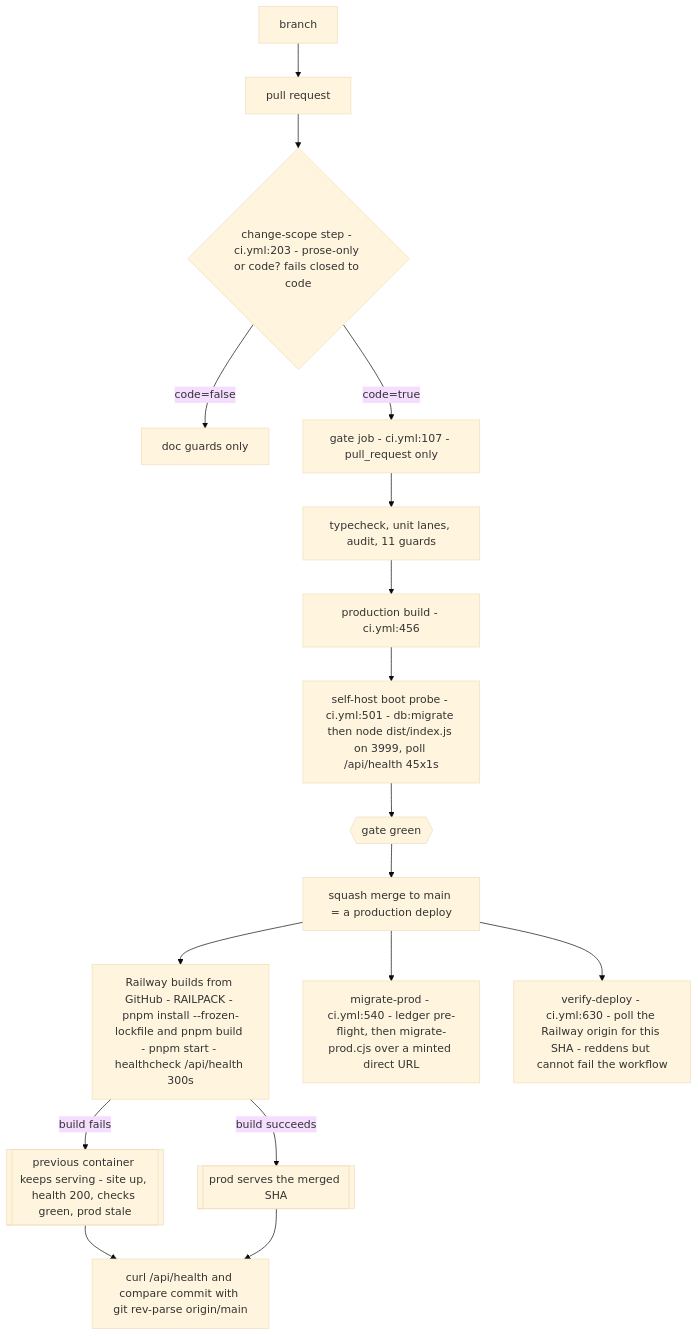
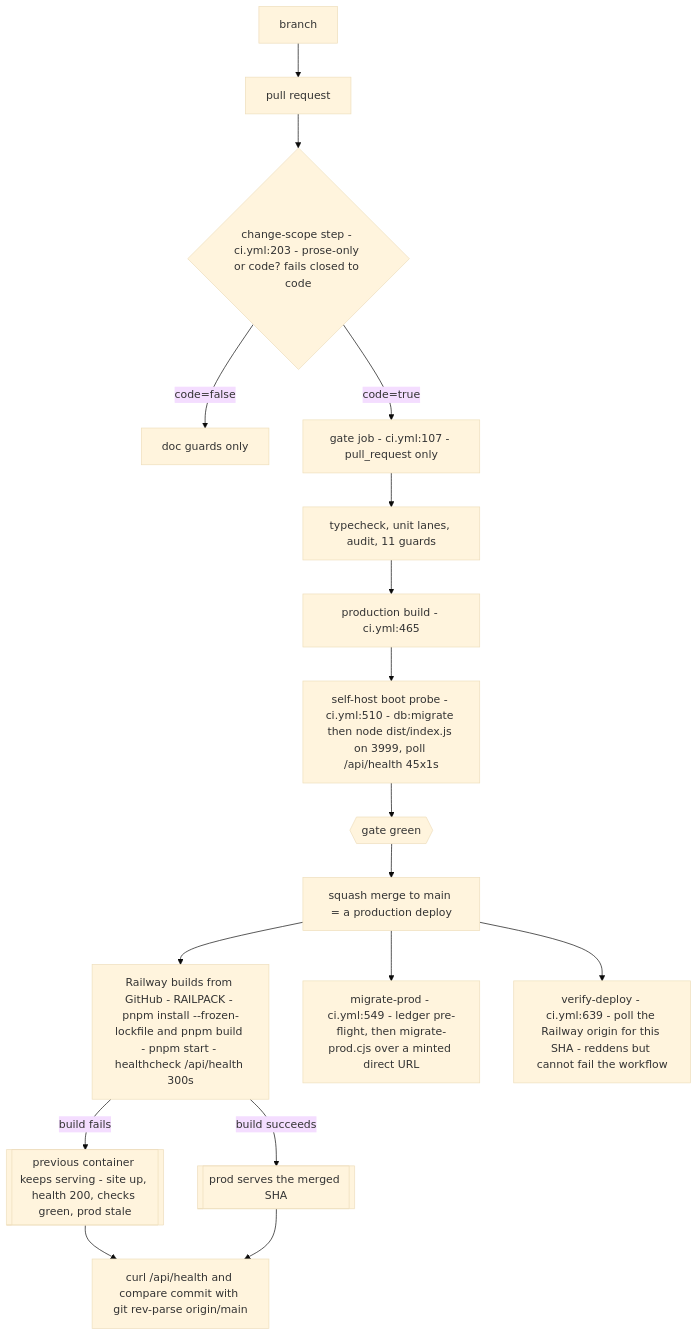
The diagram in knowledge-base/handoff/10-deploy-environments-migrations.md (barakatammre84/Homiquity), drawn with Mermaid (base theme) before and after one commit. The commit also changed other lines of this file and 10 other files, not shown here.

````diff
--- a/knowledge-base/handoff/10-deploy-environments-migrations.md
+++ b/knowledge-base/handoff/10-deploy-environments-migrations.md
@@ -47,19 +47,19 @@
 ```mermaid
 flowchart TD
   BR["branch"] --> PR["pull request"]
   PR --> SCOPE{"change-scope step - ci.yml:203 - prose-only or code? fails closed to code"}
   SCOPE -- "code=false" --> DOCG["doc guards only"]
   SCOPE -- "code=true" --> GATE["gate job - ci.yml:107 - pull_request only"]
   GATE --> TC["typecheck, unit lanes, audit, 11 guards"]
-  TC --> BUILD["production build - ci.yml:456"]
-  BUILD --> BOOT["self-host boot probe - ci.yml:501 - db:migrate then node dist/index.js on 3999, poll /api/health 45x1s"]
+  TC --> BUILD["production build - ci.yml:465"]
+  BUILD --> BOOT["self-host boot probe - ci.yml:510 - db:migrate then node dist/index.js on 3999, poll /api/health 45x1s"]
   BOOT --> GREEN{{"gate green"}}
   GREEN --> MERGE["squash merge to main = a production deploy"]
   MERGE --> RW["Railway builds from GitHub - RAILPACK - pnpm install --frozen-lockfile and pnpm build - pnpm start - healthcheck /api/health 300s"]
-  MERGE --> MIG["migrate-prod - ci.yml:540 - ledger pre-flight, then migrate-prod.cjs over a minted direct URL"]
-  MERGE --> VD["verify-deploy - ci.yml:630 - poll the Railway origin for this SHA - reddens but cannot fail the workflow"]
+  MERGE --> MIG["migrate-prod - ci.yml:549 - ledger pre-flight, then migrate-prod.cjs over a minted direct URL"]
+  MERGE --> VD["verify-deploy - ci.yml:639 - poll the Railway origin for this SHA - reddens but cannot fail the workflow"]
   RW -- "build fails" --> STALE[["previous container keeps serving - site up, health 200, checks green, prod stale"]]
   RW -- "build succeeds" --> LIVE[["prod serves the merged SHA"]]
   STALE --> PROOF["curl /api/health and compare commit with git rev-parse origin/main"]
   LIVE --> PROOF
 ```
````
